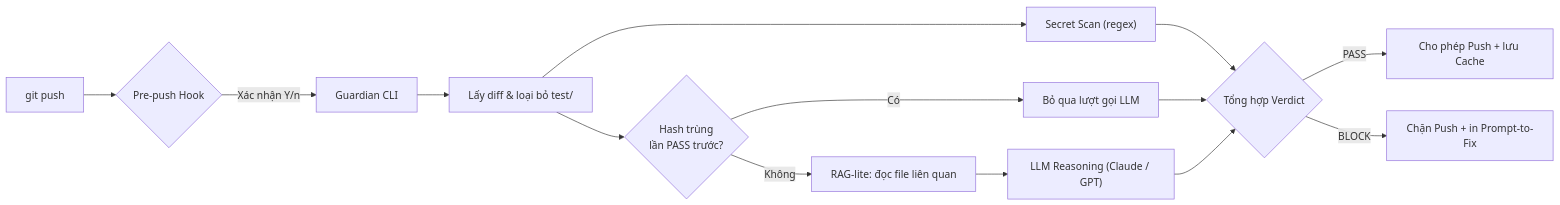
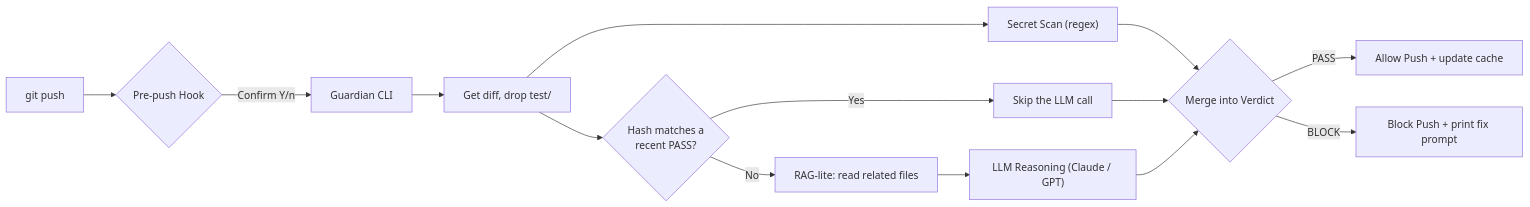
One commit to dquangai/ai-dev-guardian changed the diagram in README.md. Above: the diagram before and after it, drawn with Mermaid. The commit also changed other lines of this file, not shown here.

````diff
--- a/README.md
+++ b/README.md
@@ -139,16 +95,16 @@
 ```mermaid
 flowchart LR
     A["git push"] --> B{Pre-push Hook}
-    B -->|Xác nhận Y/n| C["Guardian CLI"]
-    C --> D["Lấy diff & loại bỏ test/"]
+    B -->|Confirm Y/n| C["Guardian CLI"]
+    C --> D["Get diff, drop test/"]
     D --> E["Secret Scan (regex)"]
-    D --> F{Hash trùng<br/>lần PASS trước?}
-    F -->|Có| G["Bỏ qua lượt gọi LLM"]
-    F -->|Không| H["RAG-lite: đọc file liên quan"]
+    D --> F{Hash matches a<br/>recent PASS?}
+    F -->|Yes| G["Skip the LLM call"]
+    F -->|No| H["RAG-lite: read related files"]
     H --> I["LLM Reasoning (Claude / GPT)"]
-    E --> J{Tổng hợp Verdict}
+    E --> J{Merge into Verdict}
     G --> J
     I --> J
-    J -->|PASS| K["Cho phép Push + lưu Cache"]
-    J -->|BLOCK| L["Chặn Push + in Prompt-to-Fix"]
+    J -->|PASS| K["Allow Push + update cache"]
+    J -->|BLOCK| L["Block Push + print fix prompt"]
 ```
````
